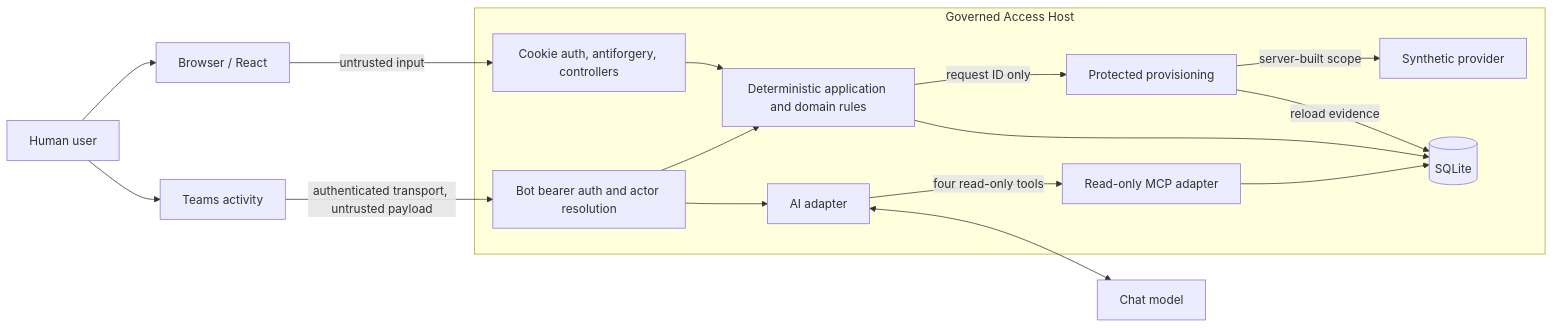
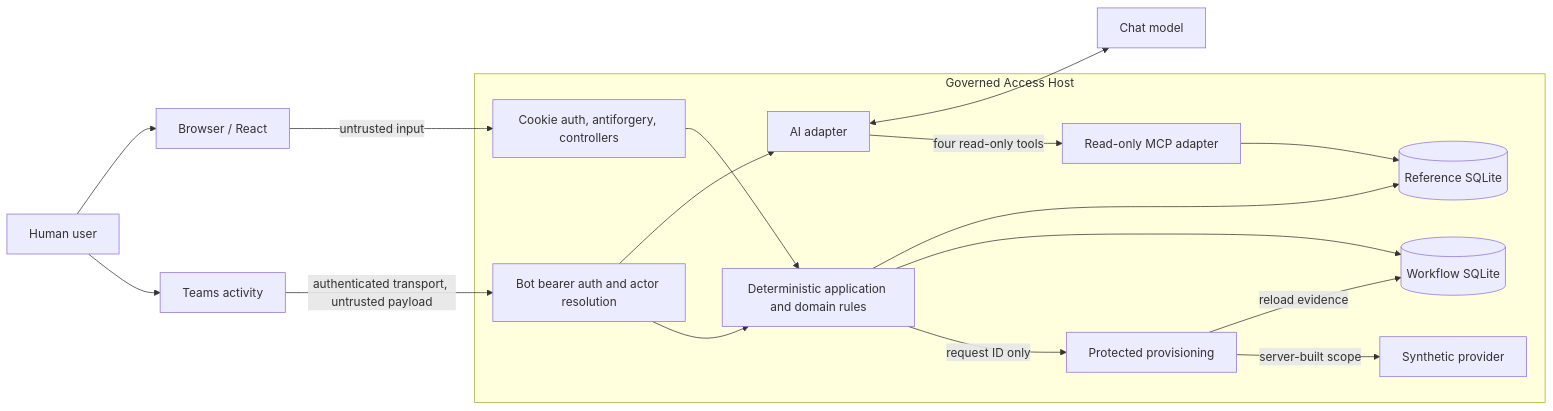
One commit to mariusz-kacz/production-access-request-assistant changed the diagram in docs/security-model.md. Above: the diagram before and after it, drawn with Mermaid. The commit also changed other lines of this file and 20 other files, not shown here.

````diff
--- a/docs/security-model.md
+++ b/docs/security-model.md
@@ -33,33 +34,35 @@
 ```mermaid
 flowchart LR
     Human[Human user]
     Browser[Browser / React]
     Teams[Teams activity]
     Model[Chat model]
 
     subgraph Host[Governed Access Host]
         Web[Cookie auth, antiforgery, controllers]
         Activity[Bot bearer auth and actor resolution]
         AI[AI adapter]
         MCP[Read-only MCP adapter]
         App[Deterministic application and domain rules]
         Protected[Protected provisioning]
         Provider[Synthetic provider]
-        DB[(SQLite)]
+        ReferenceDB[(Reference SQLite)]
+        WorkflowDB[(Workflow SQLite)]
     end
 
     Human --> Browser
     Human --> Teams
     Browser -->|untrusted input| Web
     Teams -->|authenticated transport, untrusted payload| Activity
     Activity --> AI
     Activity --> App
     AI <--> Model
     AI -->|four read-only tools| MCP
-    MCP --> DB
+    MCP --> ReferenceDB
     Web --> App
-    App --> DB
+    App --> ReferenceDB
+    App --> WorkflowDB
     App -->|request ID only| Protected
-    Protected -->|reload evidence| DB
+    Protected -->|reload evidence| WorkflowDB
     Protected -->|server-built scope| Provider
 ```
````
